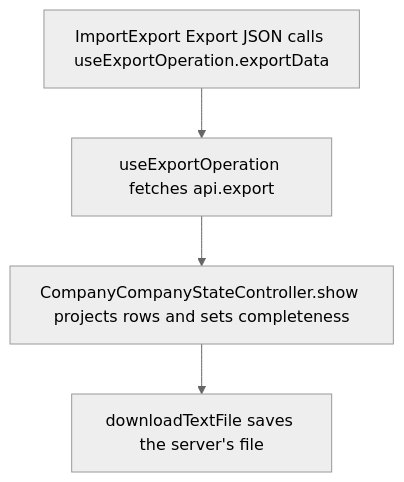
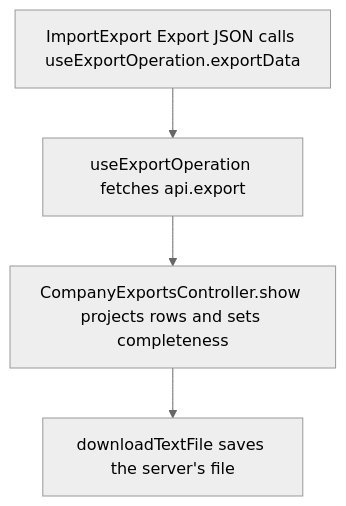
Before and after one commit to Kevinjohn/capacitylens: the second of 2 diagrams in user-stories/data/US-DAT-01-export-json.md, drawn with Mermaid (neutral theme). The commit also changed 1 other file, not shown here.

Commit message:
Stories: name CompanyExportsController in the export flows
US-DAT-01 and US-DAT-07 named CompanyCompanyStateController.show, a
class that does not exist, for the export download. The export route
is CompanyExportsController.show.

````diff
--- a/user-stories/data/US-DAT-01-export-json.md
+++ b/user-stories/data/US-DAT-01-export-json.md
@@ -28,6 +28,6 @@
 ```mermaid
 flowchart TD
   button["ImportExport Export JSON calls useExportOperation.exportData"] --> fetch["useExportOperation fetches api.export"]
-  fetch --> route["CompanyCompanyStateController.show projects rows and sets completeness"]
+  fetch --> route["CompanyExportsController.show projects rows and sets completeness"]
   route --> file["downloadTextFile saves the server's file"]
 ```
````
